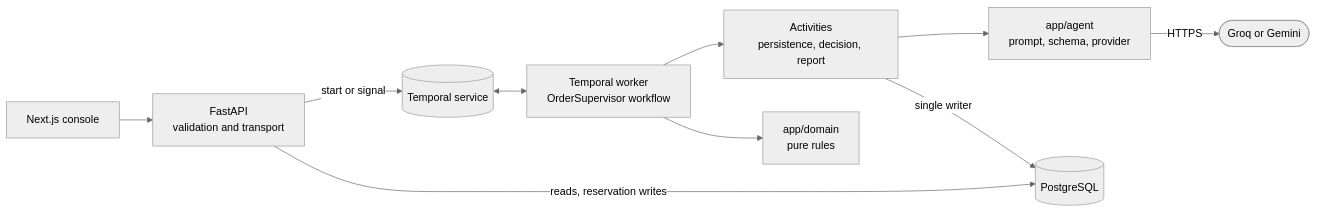
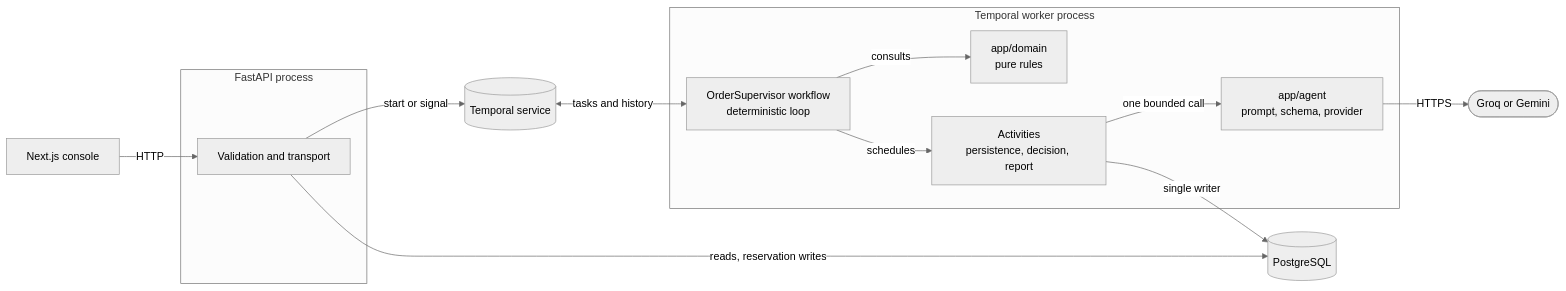
Before and after one commit to Deep99739/Order-Supervisor: the diagram in ARCHITECTURE_NOTE.md, drawn with Mermaid (neutral theme). The commit also changed other lines of this file and 1 other file, not shown here.

Commit message:
Document the timeline, recovery, and how to run the tests

````diff
--- a/ARCHITECTURE_NOTE.md
+++ b/ARCHITECTURE_NOTE.md
@@ -10,21 +10,28 @@
 ```mermaid
 flowchart LR
   UI["Next.js console"]
-  API["FastAPI<br/>validation and transport"]
-  WF["Temporal worker<br/>OrderSupervisor workflow"]
-  ACT["Activities<br/>persistence, decision, report"]
-  RULES["app/domain<br/>pure rules"]
-  AGENT["app/agent<br/>prompt, schema, provider"]
   PG[("PostgreSQL")]
   TMP[("Temporal service")]
+  PROV(["Groq or Gemini"])
 
-  UI --> API
+  subgraph api["FastAPI process"]
+    API["Validation and transport"]
+  end
+
+  subgraph worker["Temporal worker process"]
+    WF["OrderSupervisor workflow<br/>deterministic loop"]
+    RULES["app/domain<br/>pure rules"]
+    ACT["Activities<br/>persistence, decision, report"]
+    AGENT["app/agent<br/>prompt, schema, provider"]
+  end
+
+  UI -->|HTTP| API
   API -->|start or signal| TMP
   API -->|reads, reservation writes| PG
-  TMP <--> WF
-  WF --> ACT
-  WF --> RULES
-  ACT --> AGENT
+  TMP <-->|tasks and history| WF
+  WF -->|consults| RULES
+  WF -->|schedules| ACT
   ACT -->|single writer| PG
-  AGENT -->|HTTPS| PROV(["Groq or Gemini"])
+  ACT -->|one bounded call| AGENT
+  AGENT -->|HTTPS| PROV
 ```
````
